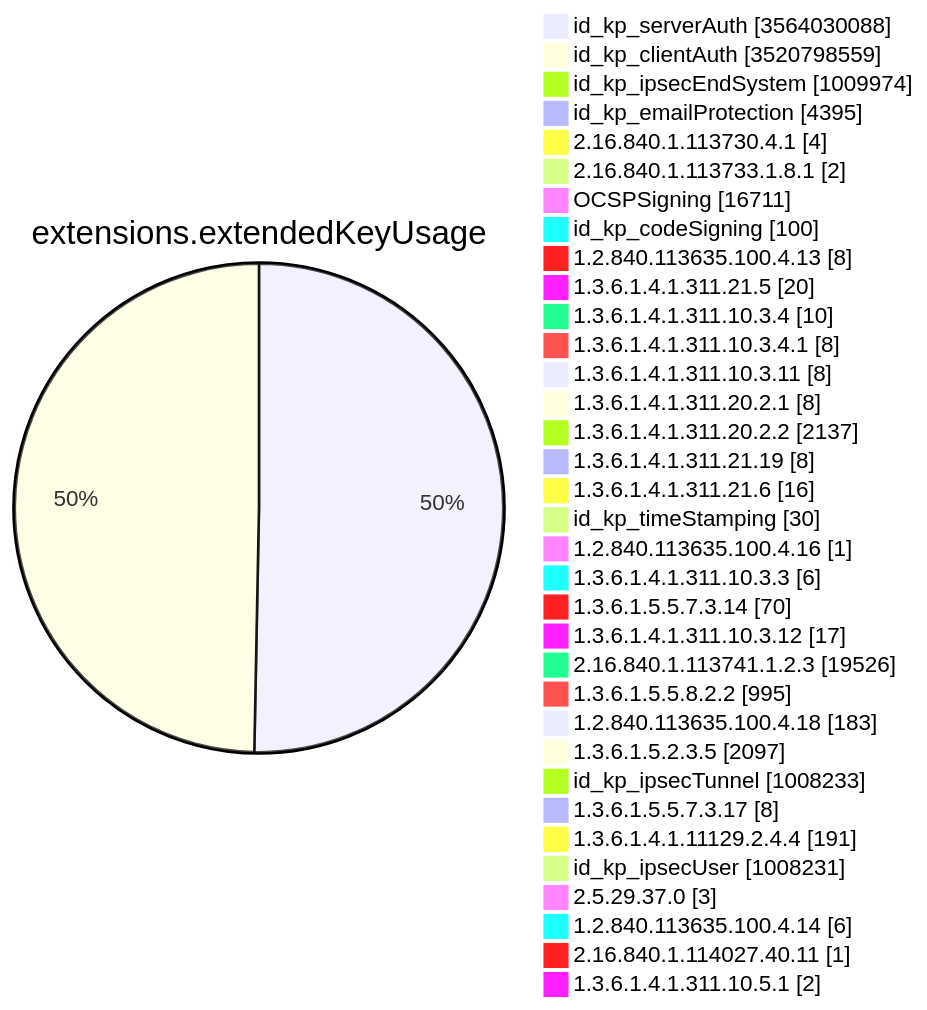
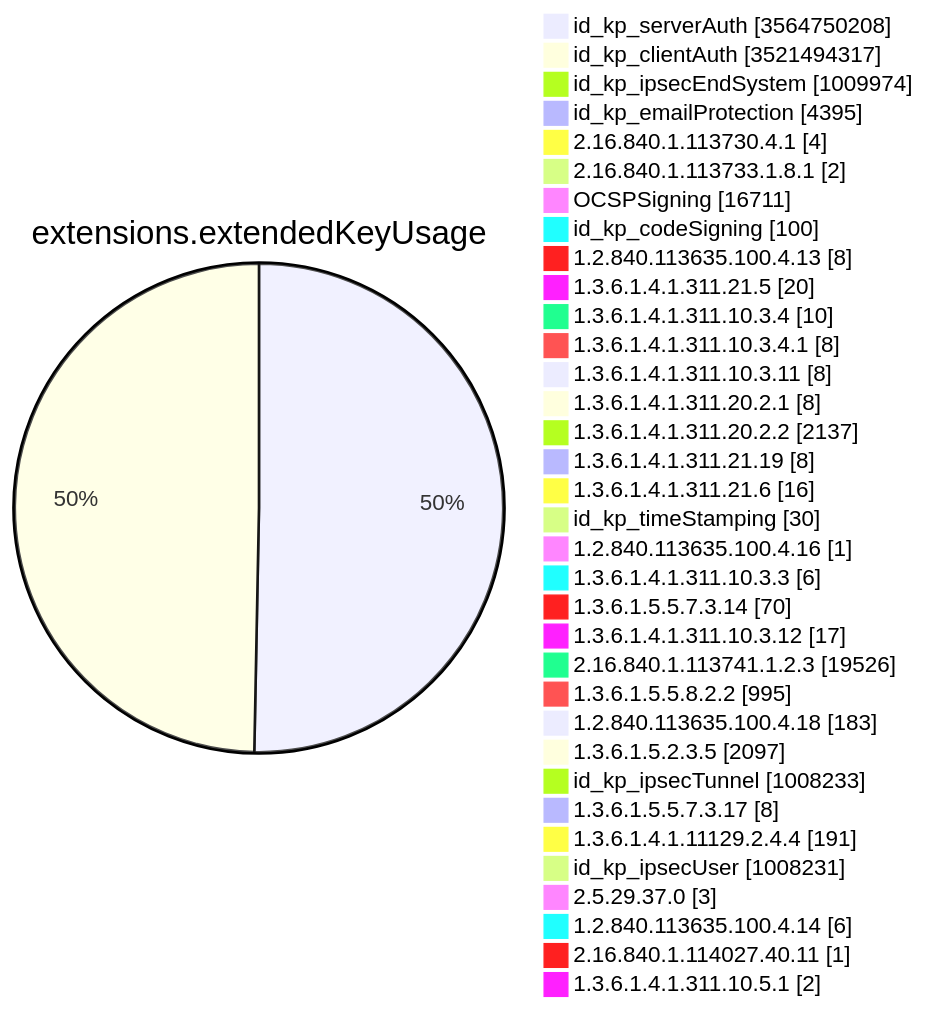
One commit to christiankrug/ctmonitor_visualization changed diagram 11 of 15 in TOTAL/README.md. Above: the diagram before and after it, drawn with Mermaid. The commit also changed other lines of this file, not shown here.

````diff
--- a/TOTAL/README.md
+++ b/TOTAL/README.md
@@ -4128,38 +4128,38 @@
 ```mermaid
 pie showData
 title extensions.extendedKeyUsage
-"id_kp_serverAuth" :3564030088
-"id_kp_clientAuth" :3520798559
+"id_kp_serverAuth" :3564750208
+"id_kp_clientAuth" :3521494317
 "id_kp_ipsecEndSystem" :1009974
 "id_kp_emailProtection" :4395
 "2.16.840.1.113730.4.1" :4
 "2.16.840.1.113733.1.8.1" :2
 "OCSPSigning" :16711
 "id_kp_codeSigning" :100
 "1.2.840.113635.100.4.13" :8
 "1.3.6.1.4.1.311.21.5" :20
 "1.3.6.1.4.1.311.10.3.4" :10
 "1.3.6.1.4.1.311.10.3.4.1" :8
 "1.3.6.1.4.1.311.10.3.11" :8
 "1.3.6.1.4.1.311.20.2.1" :8
 "1.3.6.1.4.1.311.20.2.2" :2137
 "1.3.6.1.4.1.311.21.19" :8
 "1.3.6.1.4.1.311.21.6" :16
 "id_kp_timeStamping" :30
 "1.2.840.113635.100.4.16" :1
 "1.3.6.1.4.1.311.10.3.3" :6
 "1.3.6.1.5.5.7.3.14" :70
 "1.3.6.1.4.1.311.10.3.12" :17
 "2.16.840.1.113741.1.2.3" :19526
 "1.3.6.1.5.5.8.2.2" :995
 "1.2.840.113635.100.4.18" :183
 "1.3.6.1.5.2.3.5" :2097
 "id_kp_ipsecTunnel" :1008233
 "1.3.6.1.5.5.7.3.17" :8
 "1.3.6.1.4.1.11129.2.4.4" :191
 "id_kp_ipsecUser" :1008231
 "2.5.29.37.0" :3
 "1.2.840.113635.100.4.14" :6
 "2.16.840.1.114027.40.11" :1
 "1.3.6.1.4.1.311.10.5.1" :2
 ```
````
